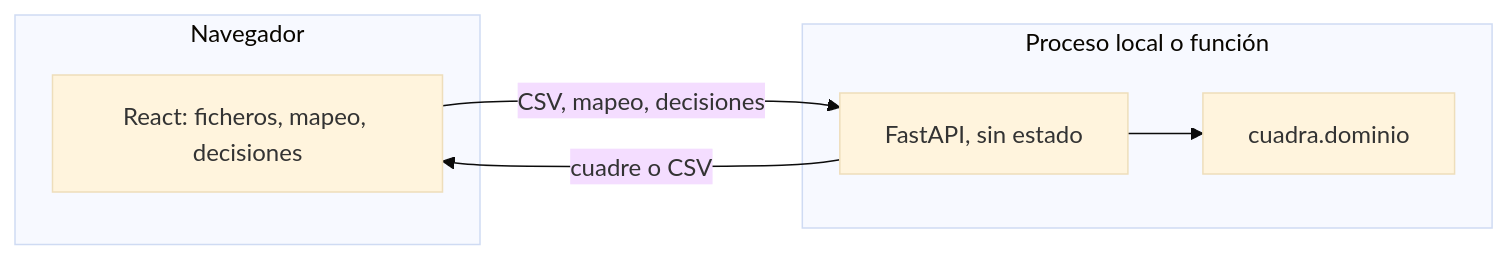
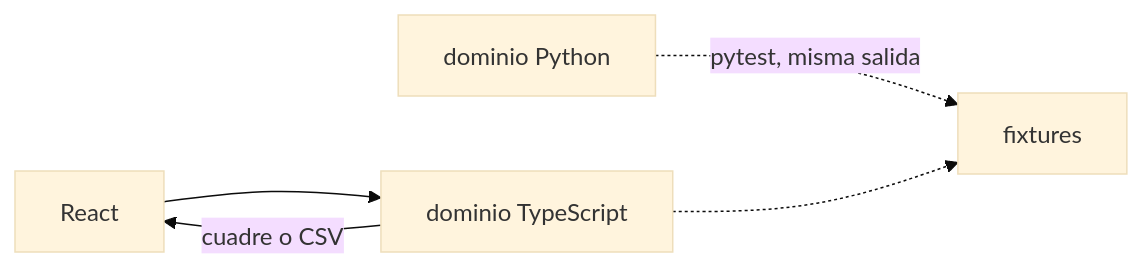
One commit to SebastianZaruha/cuadra changed the diagram in README.md. Above: the diagram before and after it, drawn with Mermaid (base theme). The commit also changed other lines of this file and 66 other files, not shown here.

First line of the commit message:
Papel original, vidrio liso y cuadre en el navegador (#2)

````diff
--- a/README.md
+++ b/README.md
@@ -45,13 +47,7 @@
 ```mermaid
 flowchart LR
-  subgraph navegador [Navegador]
-    UI["React: ficheros, mapeo, decisiones"]
-  end
-  subgraph proceso [Proceso local o función]
-    API["FastAPI, sin estado"]
-    DOM["cuadra.dominio"]
-    API --> DOM
-  end
-  UI -->|"CSV, mapeo, decisiones"| API
-  API -->|"cuadre o CSV"| UI
+  UI["React"] --> DOM["dominio TypeScript"]
+  DOM -->|"cuadre o CSV"| UI
+  PY["dominio Python"] -.->|"pytest, misma salida"| FIX["fixtures"]
+  DOM -.-> FIX
 ```
````
